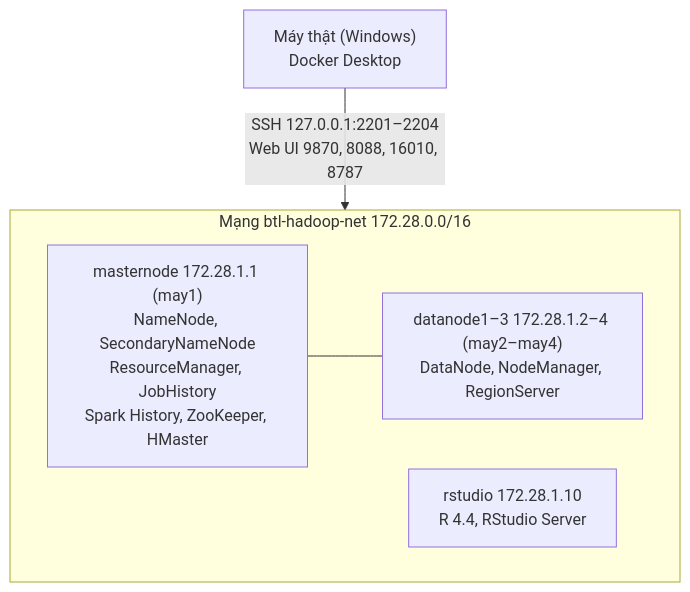
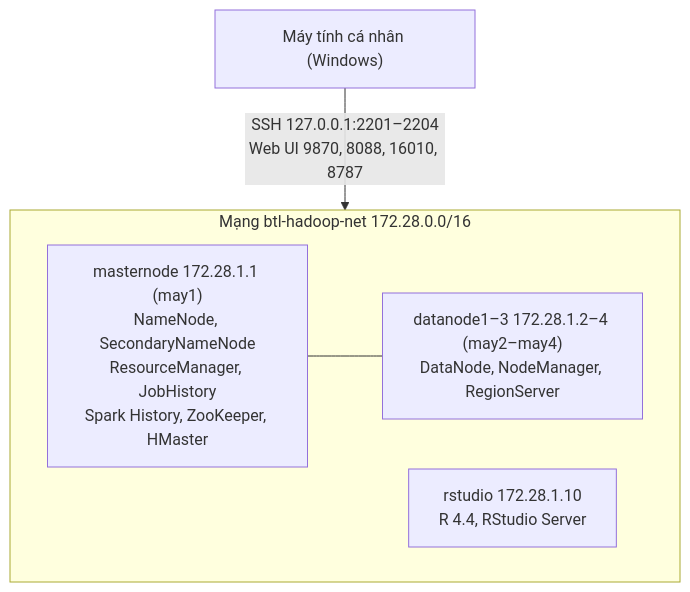
The diagram in report/sections/31-moi-truong.md (ariushieu/ecommerce-bigdata-pipeline), drawn with Mermaid before and after one commit. The commit also changed other lines of this file and 9 other files, not shown here.

````diff
--- a/report/sections/31-moi-truong.md
+++ b/report/sections/31-moi-truong.md
@@ -5,10 +5,10 @@
 ```mermaid
 flowchart TB
   subgraph NET["Mạng btl-hadoop-net 172.28.0.0/16"]
     M["masternode 172.28.1.1 (may1)<br/>NameNode, SecondaryNameNode<br/>ResourceManager, JobHistory<br/>Spark History, ZooKeeper, HMaster"]
     D["datanode1–3 172.28.1.2–4 (may2–may4)<br/>DataNode, NodeManager, RegionServer"]
     R["rstudio 172.28.1.10<br/>R 4.4, RStudio Server"]
   end
   M --- D
-  U["Máy thật (Windows)<br/>Docker Desktop"] -- "SSH 127.0.0.1:2201–2204<br/>Web UI 9870, 8088, 16010, 8787" --> NET
+  U["Máy tính cá nhân (Windows)"] -- "SSH 127.0.0.1:2201–2204<br/>Web UI 9870, 8088, 16010, 8787" --> NET
 ```
````
